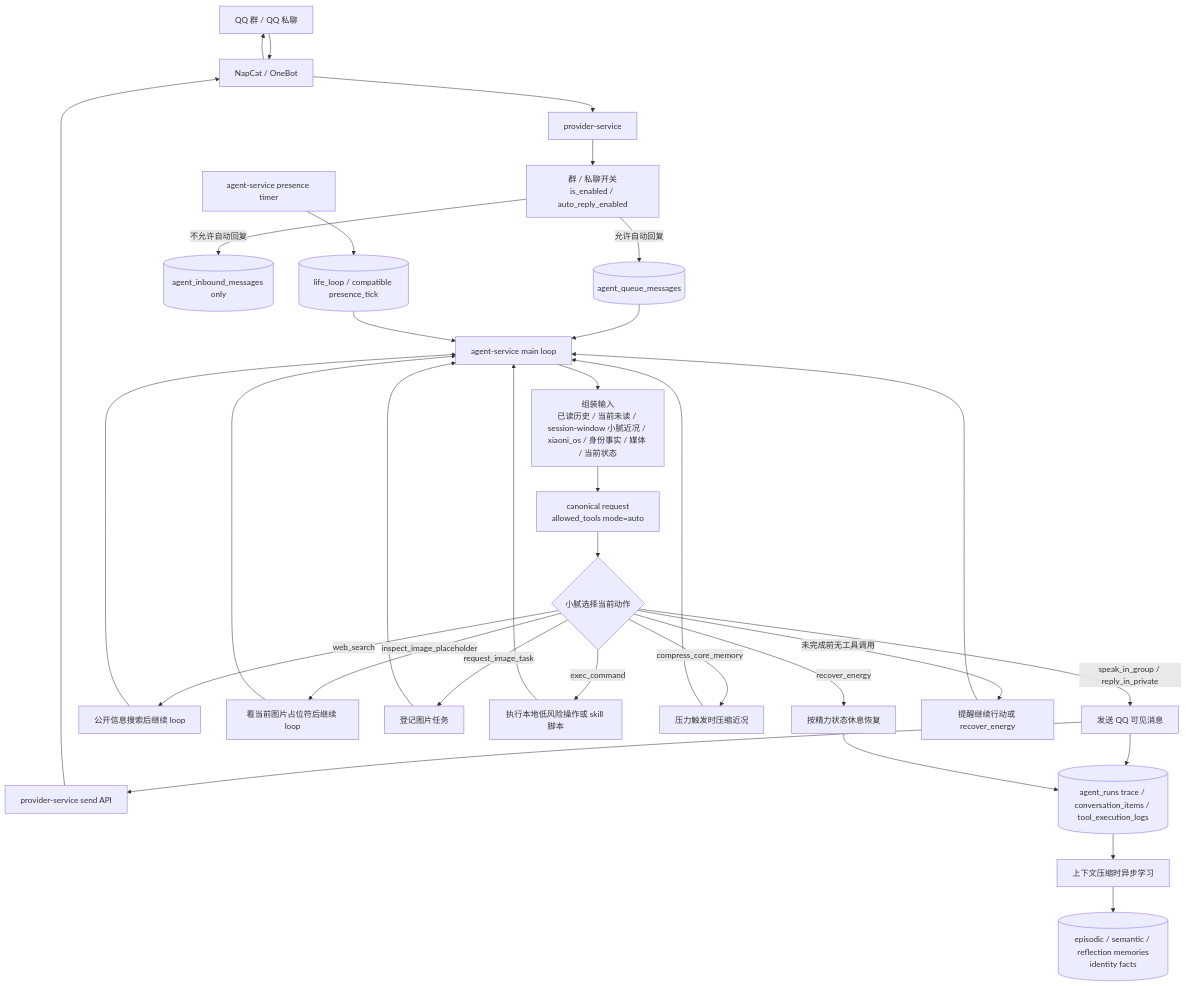
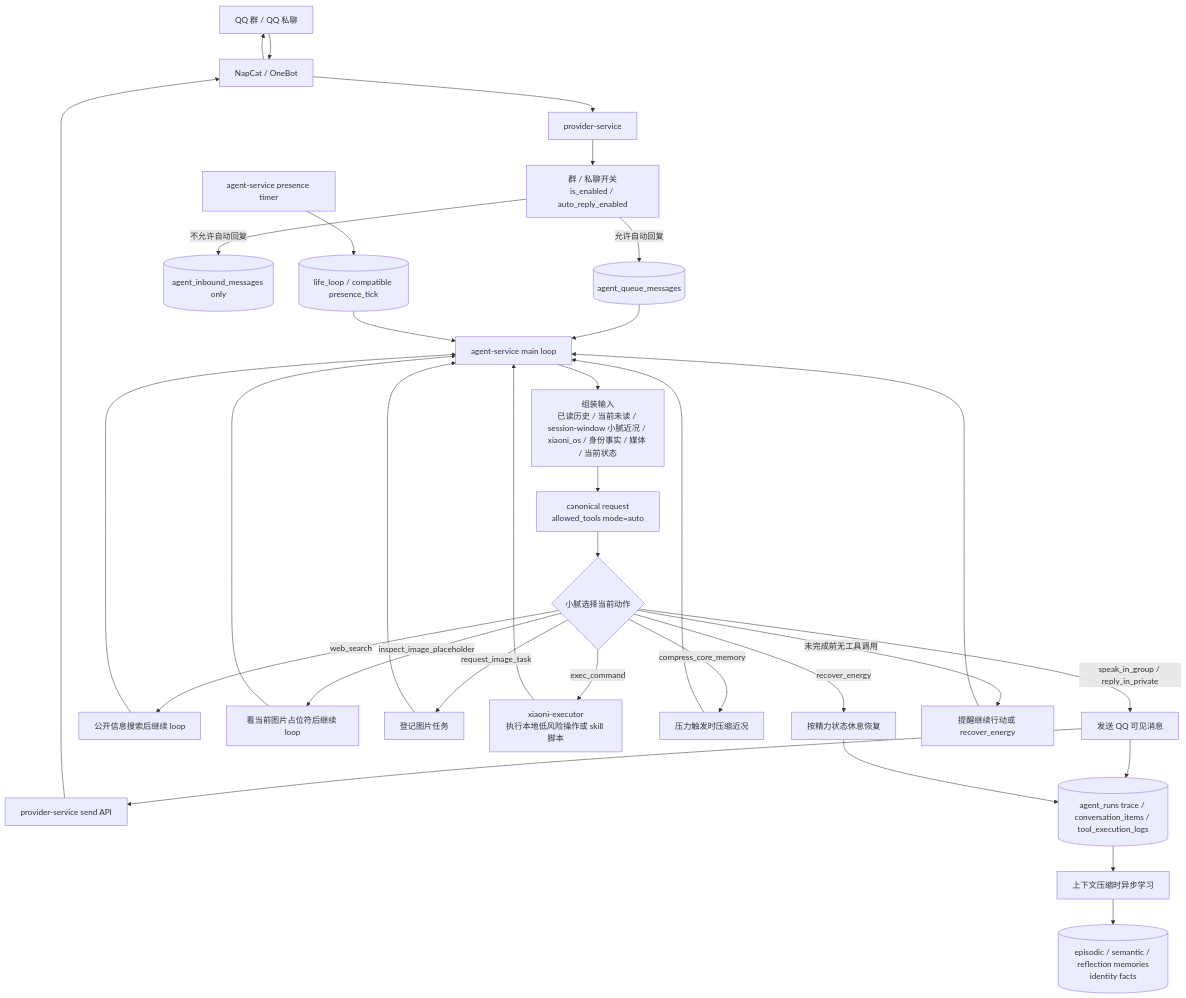
The first of 3 diagrams in docs/XIAONI_SPEAKING_FLOW.md (Hei-AI/xiaoni_cc), drawn with Mermaid before and after one commit. The commit also changed other lines of this file and 10 other files, not shown here.

First line of the commit message:
docs: update Xiaoni executor documentation

````diff
--- a/docs/XIAONI_SPEAKING_FLOW.md
+++ b/docs/XIAONI_SPEAKING_FLOW.md
@@ -13,41 +13,41 @@
 ```mermaid
 flowchart TD
   QQ[QQ 群 / QQ 私聊] --> NapCat[NapCat / OneBot]
   NapCat --> Provider[provider-service]
 
   Provider --> Policy[群 / 私聊开关<br/>is_enabled / auto_reply_enabled]
   Policy -->|允许自动回复| Queue[(agent_queue_messages)]
   Policy -->|不允许自动回复| InboxOnly[(agent_inbound_messages only)]
 
   Queue --> Loop[agent-service main loop]
   Loop --> Context[组装输入<br/>已读历史 / 当前未读 / session-window 小腻近况 / xiaoni_os / 身份事实 / 媒体 / 当前状态]
   Context --> Request[canonical request<br/>allowed_tools mode=auto]
 
   Request --> Tools{小腻选择当前动作}
   Tools -->|speak_in_group / reply_in_private| Send[发送 QQ 可见消息]
   Tools -->|web_search| Search[公开信息搜索后继续 loop]
   Tools -->|inspect_image_placeholder| Inspect[看当前图片占位符后继续 loop]
   Tools -->|request_image_task| ImageTask[登记图片任务]
-  Tools -->|exec_command| Exec[执行本地低风险操作或 skill 脚本]
+  Tools -->|exec_command| Exec[xiaoni-executor<br/>执行本地低风险操作或 skill 脚本]
   Tools -->|compress_core_memory| Compress[压力触发时压缩近况]
   Tools -->|recover_energy| Rest[按精力状态休息恢复]
   Tools -->|未完成前无工具调用| Continue[提醒继续行动或 recover_energy]
 
   Send --> ProviderSend[provider-service send API]
   ProviderSend --> NapCat --> QQ
 
   Search --> Loop
   Inspect --> Loop
   ImageTask --> Loop
   Exec --> Loop
   Compress --> Loop
   Continue --> Loop
 
   Send --> Record[(agent_runs trace / conversation_items / tool_execution_logs)]
   Rest --> Record
   Record --> Learn[上下文压缩时异步学习]
   Learn --> Memory[(episodic / semantic / reflection memories<br/>identity facts)]
 
   AgentTimer[agent-service presence timer] --> PresenceQueue[(life_loop / compatible presence_tick)]
   PresenceQueue --> Loop
 ```
````
